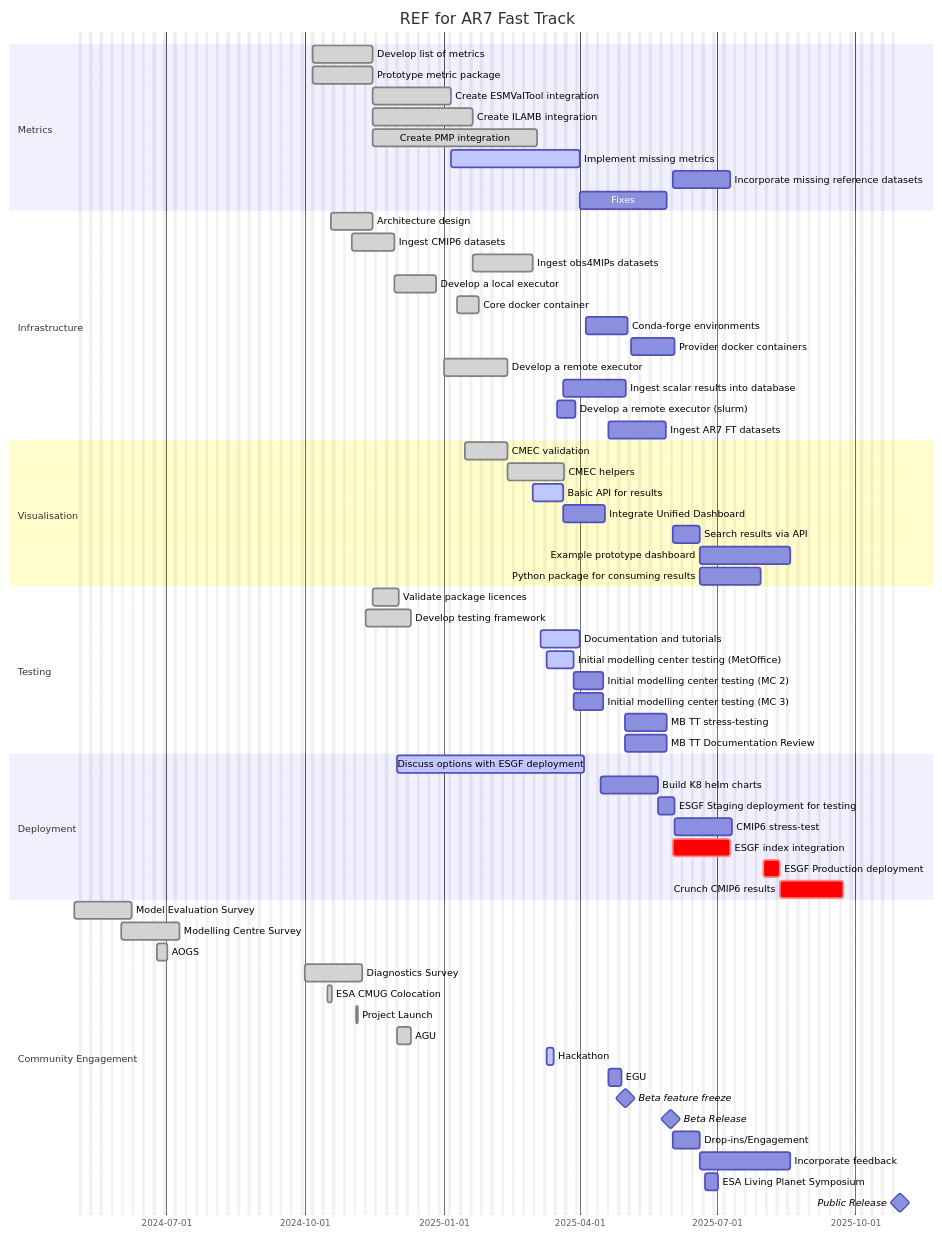
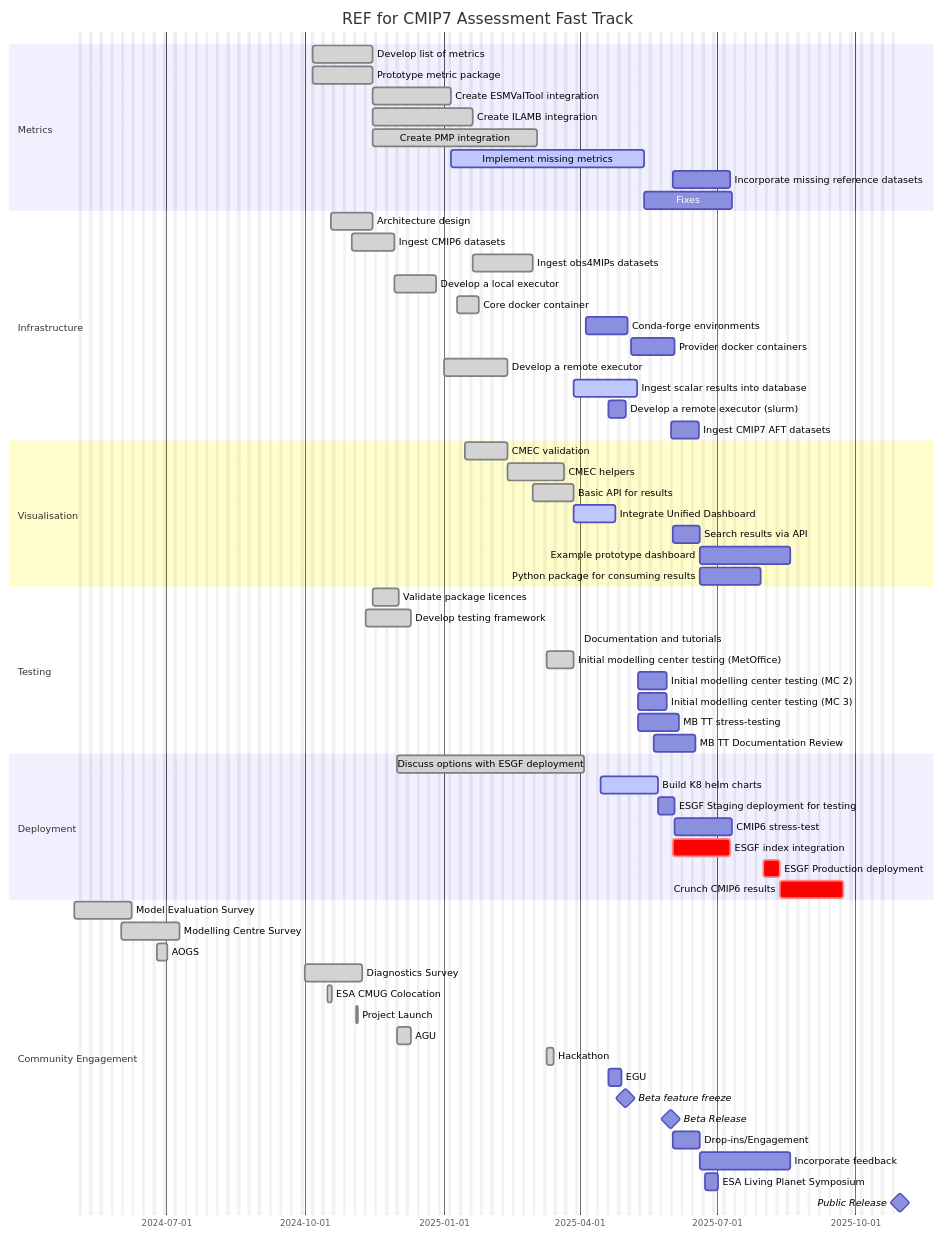
One commit to skoriche/Climate-REF4CMIP changed the diagram in docs/roadmap.md. Above: the diagram before and after it, drawn with Mermaid. The commit also changed other lines of this file and 13 other files, not shown here.

Commit message:
docs: Update docs from ‘AR7 Fast Track’ to ‘Assessment Fast Track’.

````diff
--- a/docs/roadmap.md
+++ b/docs/roadmap.md
@@ -23,82 +23,82 @@
 ```mermaid
 gantt
     dateFormat  YYYY-MM-DD
-    title       REF for AR7 Fast Track
+    title       REF for CMIP7 Assessment Fast Track
     excludes    weekends
 
     section Metrics
 
     Develop list of metrics                       :done, metrics, 2024-10-06, 30d
     Prototype metric package                      :done, metricsPrototype, 2024-10-06, 30d
 
     Create ESMValTool integration                 :done, esmvaltool, after metricsPrototype, 2025-01-06
     Create ILAMB integration                      :done, ilamb, after metricsPrototype, 2025-01-20
     Create PMP integration                        :done, pmp, after metricsPrototype, 2025-03-04
 
-    Implement missing metrics                     :active, missing, after esmvaltool, 2025-04-01
+    Implement missing metrics                     :active, missing, after esmvaltool, 2025-05-14
     Incorporate missing reference datasets        :after beta, 4w
     Fixes                                         :after missing, 6w
 
     section Infrastructure
 
     Architecture design                           :done, 2024-10-18, 20d
 
     Ingest CMIP6 datasets                         :done, cmip6, 2024-11-01, 20d
     Ingest obs4MIPs datasets                      :done, 2025-01-20, 2025-03-01
     Develop a local executor                      :done, local, after cmip6, 20d
     Core docker container                         :done, dockerise, 2025-01-10, 10d
     Conda-forge environments                      :conda, 2025-04-05, 3w
     Provider docker containers                    :after conda, 3w
     Develop a remote executor                     :done, celery, 2025-01-01, 30d
-    Ingest scalar results into database           :ingest, after results, 30d
-    Develop a remote executor (slurm)             :slurm, after hackathon, 10d
-    Ingest AR7 FT datasets                        :2025-04-20, 4w
+    Ingest scalar results into database           :active,ingest, after results, 30d
+    Develop a remote executor (slurm)             :slurm, 2025-04-20, 10d
+    Ingest CMIP7 AFT datasets                        :2025-06-01, 2w
 
     section Visualisation
 
     CMEC validation                               :done, cmec, 2025-01-15, 20d
     CMEC helpers                                  :done, cmecHelpers, after cmec, 4w
-    Basic API for results                         :active, results, 2025-03-01, 15d
-    Integrate Unified Dashboard                   :ud, after results, 20d
+    Basic API for results                         :done, results, 2025-03-01, 20d
+    Integrate Unified Dashboard                   :active, ud, after results, 20d
     Search results via API                        :api-result, after beta, 2w
     Example prototype dashboard                   :dashboad, after api-result, 6w
     Python package for consuming results          :after api-result, 4w
 
 
     section Testing
     Validate package licences                     :done, 2024-11-15, 2024-12-02
     Develop testing framework                     :done, 2024-11-10, 2024-12-10
-    Documentation and tutorials                   :active, 2025-03-06, 2025-04-01
-    Initial modelling center testing (MetOffice)  :active, mc1, 2025-03-10, 14d
-    Initial modelling center testing (MC 2)       :mc2, after mc1, 14d
-    Initial modelling center testing (MC 3)       :mc3, after mc1, 14d
-    MB TT stress-testing                          :2025-05-01, 20d
-    MB TT Documentation Review                    :2025-05-01, 20d
+    Documentation and tutorials                   :active, 2025-05-06, 2025-04-01
+    Initial modelling center testing (MetOffice)  :done, mc1, 2025-03-10, 14d
+    Initial modelling center testing (MC 2)       :mc2, 2025-05-10, 14d
+    Initial modelling center testing (MC 3)       :mc3, 2025-05-10, 14d
+    MB TT stress-testing                          :2025-05-10, 20d
+    MB TT Documentation Review                    :2025-05-20, 20d
 
     section Deployment
-    Discuss options with ESGF deployment          :active, esgf, 2024-12-01, 90d
-    Build K8 helm charts                          :helm, after 2025-04-01, 4w
+    Discuss options with ESGF deployment          :done, esgf, 2024-12-01, 90d
+    Build K8 helm charts                          :active, helm, after 2025-04-01, 4w
     ESGF Staging deployment for testing                :staging, after helm, 1w
     CMIP6 stress-test                             :after staging, 4w
     ESGF index integration                        :crit, after beta, 4w
     ESGF Production deployment                         :crit, prod, 2025-08-01, 1w
     Crunch CMIP6 results                          :crit, after prod, 30d
 
     section Community Engagement
     Model Evaluation Survey                       :done, 2024-05-01, 4w
     Modelling Centre Survey                       :done, 2024-06-01, 4w
     AOGS                                          :done, 2024-06-25, 5d
     Diagnostics Survey                            :done, survey, 2024-10-01, 4w
     ESA CMUG Colocation                           :done, 2024-10-16, 3d
     Project Launch                                :done, 2024-11-04, 1d
     AGU                                           :done, 2024-12-01, 1w
-    Hackathon                                     :active, hackathon, 2025-03-10, 5d
+    Hackathon                                     :done, hackathon, 2025-03-10, 5d
     EGU                                           :egu, 2025-04-20, 1w
     Beta feature freeze                           :milestone, beta, 2025-05-01, 1d
     Beta Release                                  :milestone, beta, 2025-05-30, 1d
     Drop-ins/Engagement                           :engagement, after beta, 2w
     Incorporate feedback                          :after engagement, 6w
     ESA Living Planet Symposium                   :lps, 2025-06-23, 1w
     Public Release                                :milestone, public, 2025-10-30, 1d
 
 ```
````
